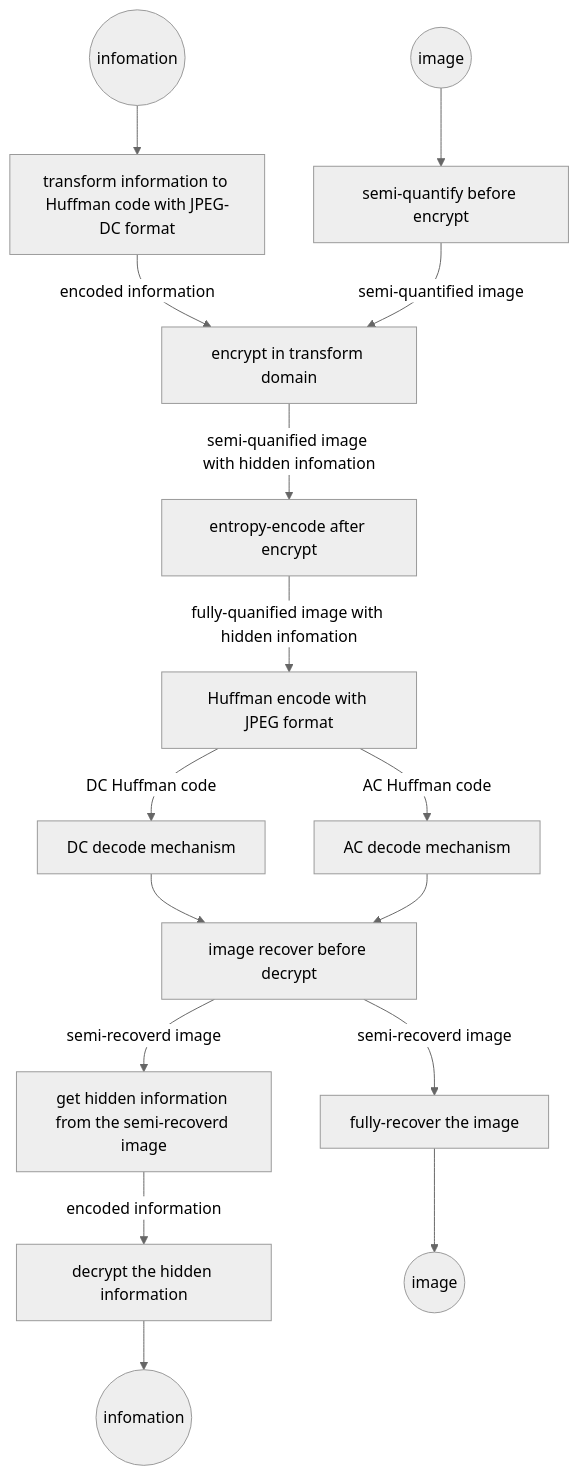
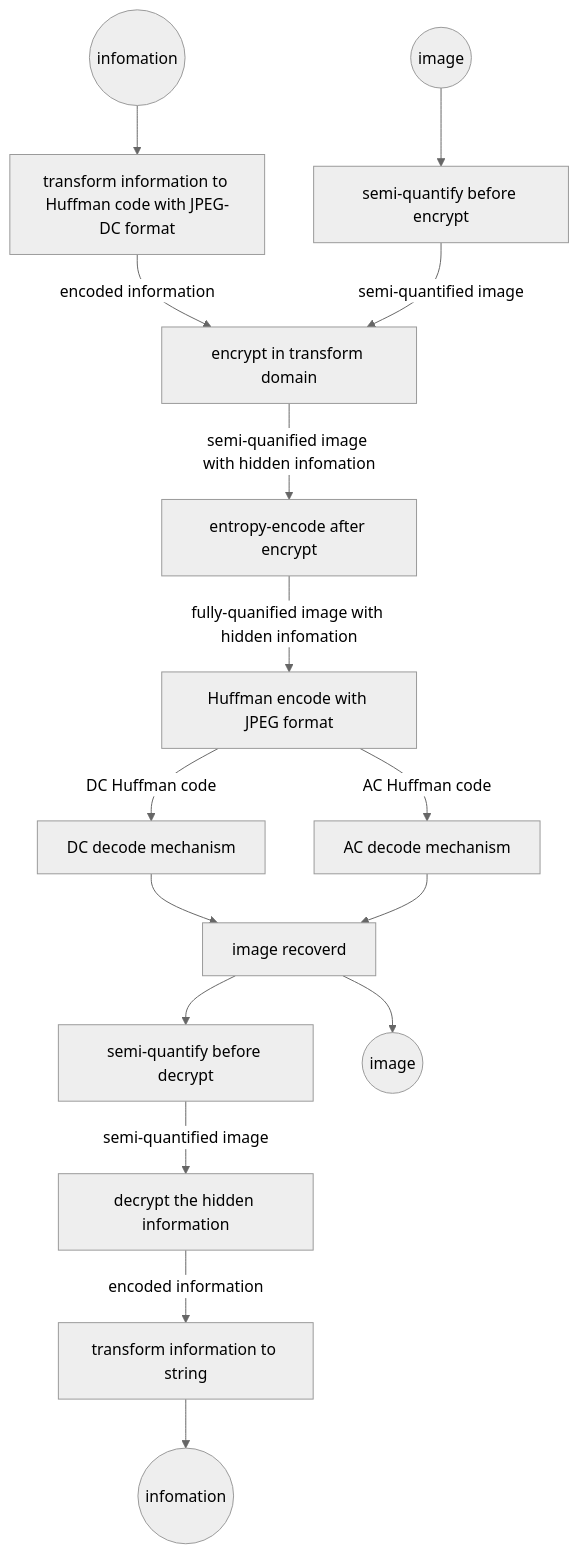
Before and after one commit to ksc999/Image_recognition: the diagram in 图像处理大作业.md, drawn with Mermaid (neutral theme). The commit also changed other lines of this file and 9 other files, not shown here.

````diff
--- a/图像处理大作业.md
+++ b/图像处理大作业.md
@@ -782,16 +798,16 @@
 ```mermaid
 graph TD
 K((infomation)) --> L[transform information to Huffman code with JPEG-DC format]
 L --> |encoded information| B
 M((image)) --> A[semi-quantify before encrypt]
 A --> |semi-quantified image| B[encrypt in transform domain]
 B --> |semi-quanified image with hidden infomation| C[entropy-encode after encrypt]
 C --> |fully-quanified image with hidden infomation| D[Huffman encode with JPEG format]
 D --> |DC Huffman code| E[DC decode mechanism]
 D --> |AC Huffman code| F[AC decode mechanism]
-E --> G[image recover before decrypt]
+E --> G[image recoverd]
 F --> G
-G --> |semi-recoverd image| H[get hidden information from the semi-recoverd image]
-H --> |encoded information| I[decrypt the hidden information] --> Q((infomation))
-G --> |semi-recoverd image| J[fully-recover the image] --> P((image))
+G -->  H[semi-quantify before decrypt]
+H --> |semi-quantified image| I[decrypt the hidden information] --> |encoded information| R[transform information to string] --> Q((infomation))
+G -->  P((image))
 ```
````
